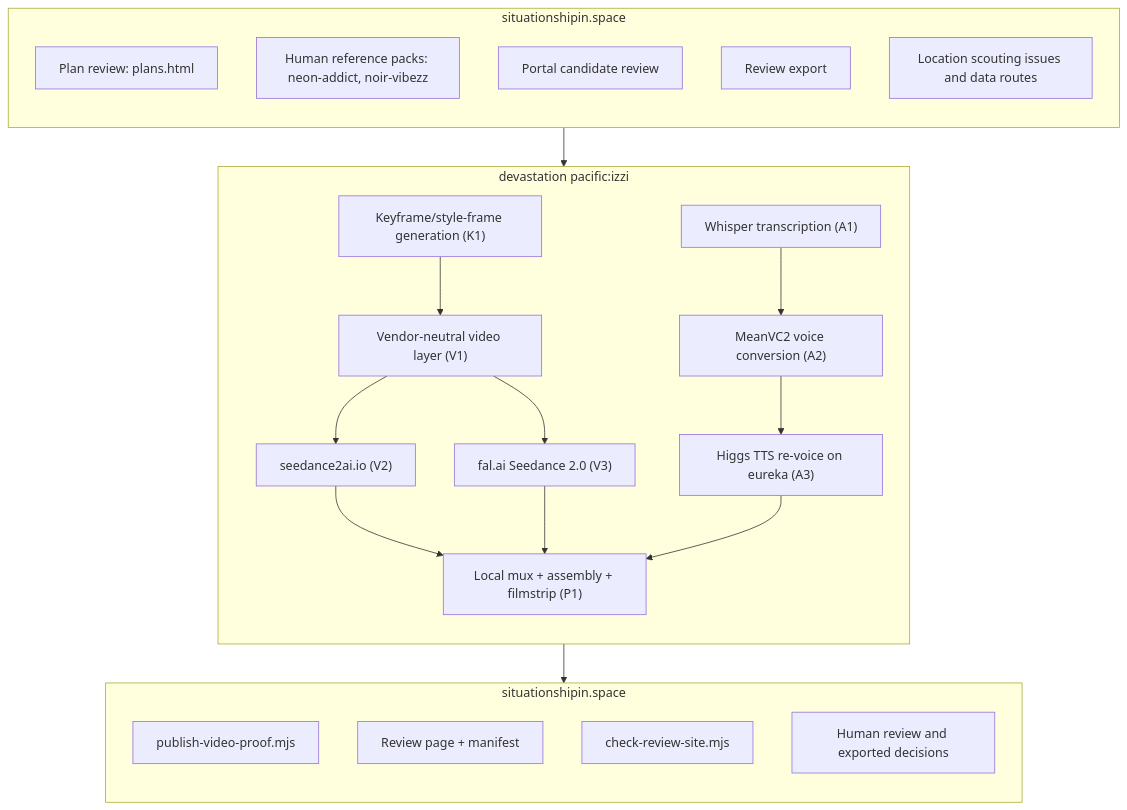
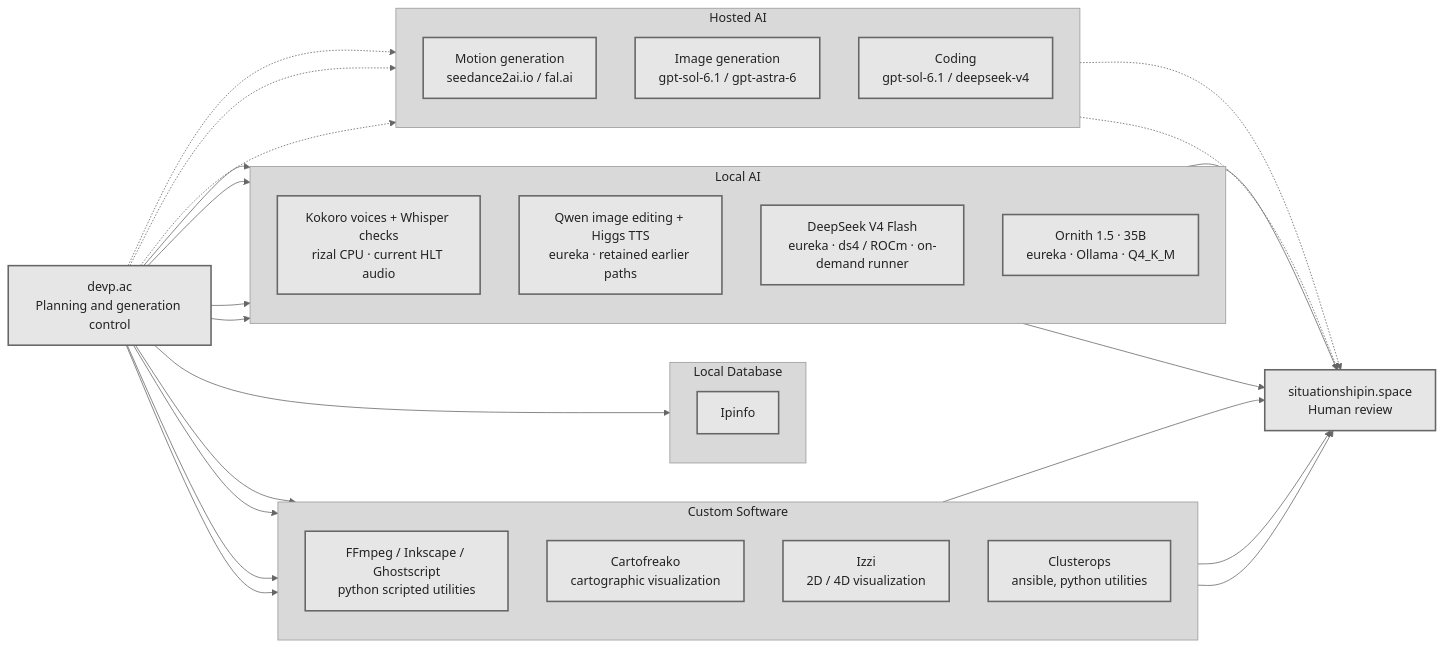
Before and after one commit to bdekoz/izzi.public: the first of 3 diagrams in docs/workflows.md, drawn with Mermaid. The commit also changed other lines of this file and 6458 other files, not shown here.

Commit message:
Public site refresh 2026-10-27: snapshot of bdekoz/izzi 2c83eefa

````diff
--- a/docs/workflows.md
+++ b/docs/workflows.md
@@ -59,42 +30,55 @@
 ```mermaid
-flowchart TD
-    subgraph TOP["situationshipin.space"]
+flowchart LR
+    I["devp.ac<br/>Planning and generation control"]
+    subgraph SOFTWARE["Custom Software"]
         direction TB
-        PLAN["Plan review: plans.html"]
-        PACKS["Human reference packs: neon-addict, noir-vibezz"]
-        CANDIDATES["Portal candidate review"]
-        EXPORT["Review export"]
-        LOCATIONS["Location scouting issues and data routes"]
+        NATIVE["FFmpeg / Inkscape / Ghostscript<br/>python scripted utilities"]
+        CARTO["Cartofreako<br/>cartographic visualization"]
+        IZZI["Izzi<br/>2D / 4D visualization"]
+        CLUSTEROPS["Clusterops<br/>ansible, python utilities"]
     end
-
-    subgraph IZZI["devastation pacific:izzi"]
+    subgraph DATABASE["Local Database"]
         direction TB
-        A1["Whisper transcription (A1)"]
-        A2["MeanVC2 voice conversion (A2)"]
-        A3["Higgs TTS re-voice on eureka (A3)"]
-        K1["Keyframe/style-frame generation (K1)"]
-        V1["Vendor-neutral video layer (V1)"]
-        V2["seedance2ai.io (V2)"]
-        V3["fal.ai Seedance 2.0 (V3)"]
-        P1["Local mux + assembly + filmstrip (P1)"]
-
-        A1 --> A2 --> A3
-        K1 --> V1
-        V1 --> V2
-        V1 --> V3
-        V2 --> P1
-        V3 --> P1
-        A3 --> P1
+        IPINFO["Ipinfo"]
     end
-
-    subgraph BOTTOM["situationshipin.space"]
+    subgraph LOCALAI["Local AI"]
         direction TB
-        PUBLISH["publish-video-proof.mjs"]
-        REVIEWPAGE["Review page + manifest"]
-        CHECK["check-review-site.mjs"]
-        DECISIONS["Human review and exported decisions"]
+        AUDIO["Kokoro voices + Whisper checks<br/>rizal CPU · current HLT audio"]
+        PRIOR["Qwen image editing + Higgs TTS<br/>eureka · retained earlier paths"]
+        DS["DeepSeek V4 Flash<br/>eureka · ds4 / ROCm · on-demand runner"]
+        ORN["Ornith 1.5 · 35B<br/>eureka · Ollama · Q4_K_M"]
     end
-
-    TOP --> IZZI
-    IZZI --> BOTTOM
+    subgraph HOSTEDAI["Hosted AI"]
+        direction TB
+        CLOUD["Motion generation<br/>seedance2ai.io / fal.ai"]
+        IMAGE["Image generation<br/>gpt-sol-6.1 / gpt-astra-6"]
+        CODING["Coding<br/>gpt-sol-6.1 / deepseek-v4"]
+    end
+    REVIEW["situationshipin.space<br/>Human review"]
+    I --> DS
+    I --> ORN
+    I -.-> CODING
+    I --> AUDIO
+    I --> PRIOR
+    I --> NATIVE
+    I --> CARTO
+    I --> IZZI
+    I --> CLUSTEROPS
+    I --> IPINFO
+    I -.-> CLOUD
+    I -.-> IMAGE
+    AUDIO --> REVIEW
+    PRIOR --> REVIEW
+    NATIVE --> REVIEW
+    CARTO --> REVIEW
+    IZZI --> REVIEW
+    CLOUD -.-> REVIEW
+    IMAGE -.-> REVIEW
+    classDef node fill:#e6e6e6,stroke:#666666,color:#222222,stroke-width:2px
+    class I,AUDIO,PRIOR,NATIVE,CARTO,IZZI,CLUSTEROPS,IPINFO,DS,ORN,CLOUD,IMAGE,CODING,REVIEW node
+    style SOFTWARE fill:#d9d9d9,stroke:#999999,color:#222222
+    style DATABASE fill:#d9d9d9,stroke:#999999,color:#222222
+    style LOCALAI fill:#d9d9d9,stroke:#999999,color:#222222
+    style HOSTEDAI fill:#d9d9d9,stroke:#999999,color:#222222
+    linkStyle default stroke:#666666,color:#222222
 ```
````
